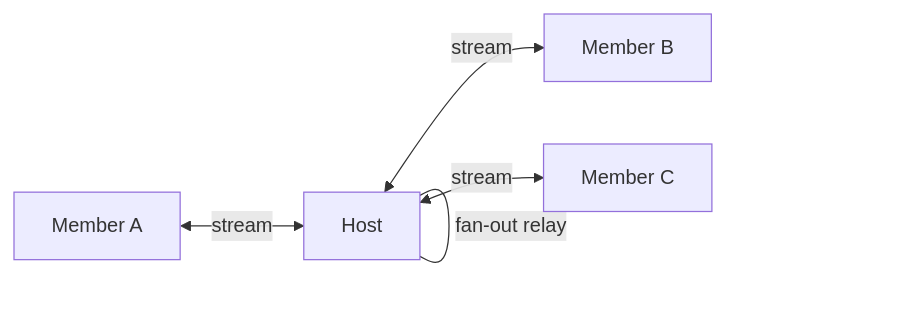
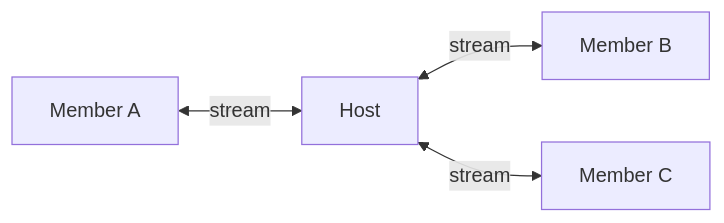
One commit to petervdpas/goop2 changed the diagram in internal/rendezvous/docs/07-groups.md. Above: the diagram before and after it, drawn with Mermaid. The commit also changed 9 other files, not shown here.

````diff
--- a/internal/rendezvous/docs/07-groups.md
+++ b/internal/rendezvous/docs/07-groups.md
@@ -9,7 +9,6 @@
 ```mermaid
 graph LR
-    A[Member A] <-->|stream| H[Host]
-    H <-->|stream| B[Member B]
-    H <-->|stream| C[Member C]
-    H ---|fan-out relay| H
+    A["Member A"] <-->|stream| H["Host"]
+    H <-->|stream| B["Member B"]
+    H <-->|stream| C["Member C"]
 ```
````
